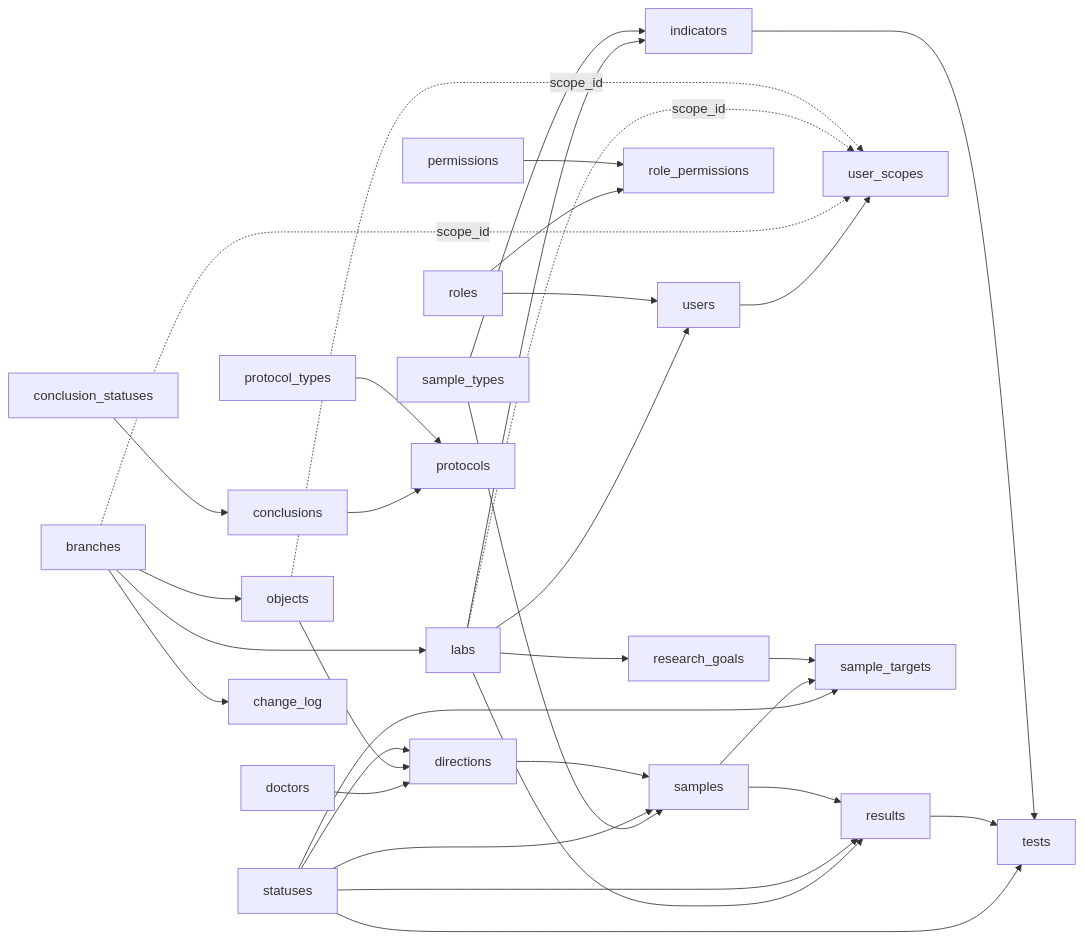
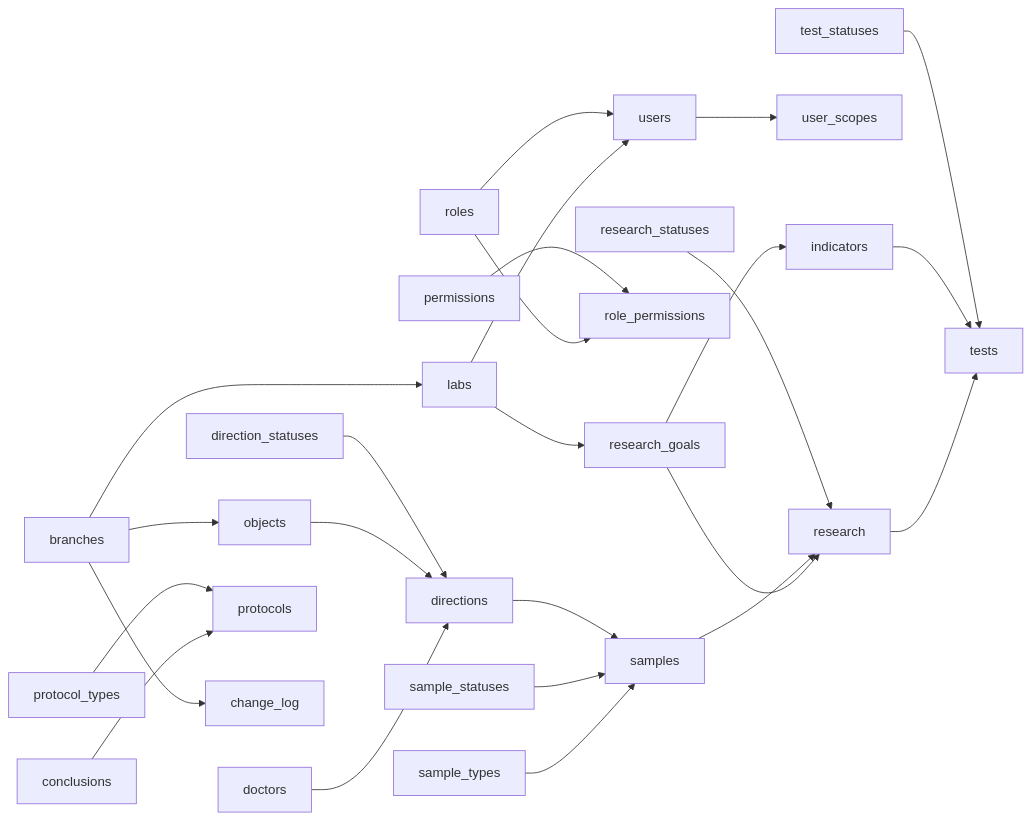
One commit to Tminww/biologic-system changed the diagram in docs-site/pages/backend/data-model.md. Above: the diagram before and after it, drawn with Mermaid. The commit also changed other lines of this file and 84 other files, not shown here.

Commit message:
refactor: merge sample targets/results into research and split statuses

````diff
--- a/docs-site/pages/backend/data-model.md
+++ b/docs-site/pages/backend/data-model.md
@@ -22,41 +22,34 @@
 ```mermaid
 flowchart LR
   BR[branches] --> LB[labs]
   BR --> OBJ[objects]
   LB --> RG[research_goals]
-  LB --> IND[indicators]
+  RG --> IND[indicators]
   LB --> US[users]
-  LB --> RES[results]
 
   RO[roles] --> US
   US --> USC[user_scopes]
-  BR -. scope_id .-> USC
-  LB -. scope_id .-> USC
-  OBJ -. scope_id .-> USC
   RO --> RP[role_permissions]
   PM[permissions] --> RP
 
-  ST[sample_types] --> IND
-  ST --> SMP[samples]
-
   DOC[doctors] --> DIR[directions]
   OBJ --> DIR
-  STAT[statuses] --> DIR
-  STAT --> SMP
-  STAT --> RES
-  STAT --> TST[tests]
-  STAT --> STG[sample_targets]
+  DSTAT[direction_statuses] --> DIR
 
+  ST[sample_types] --> SMP[samples]
+  SSTAT[sample_statuses] --> SMP
   DIR --> SMP
-  SMP --> STG
-  RG --> STG
+
+  RG --> RES[research]
   SMP --> RES
-  RES --> TST
+  RSTAT[research_statuses] --> RES
+
+  RES --> TST[tests]
   IND --> TST
+  TSTAT[test_statuses] --> TST
 
-  CSTAT[conclusion_statuses] --> CONC[conclusions]
-  CONC --> PROT[protocols]
+  CONC[conclusions] --> PROT[protocols]
   PT[protocol_types] --> PROT
 
   BR --> CL[change_log]
 ```
````
